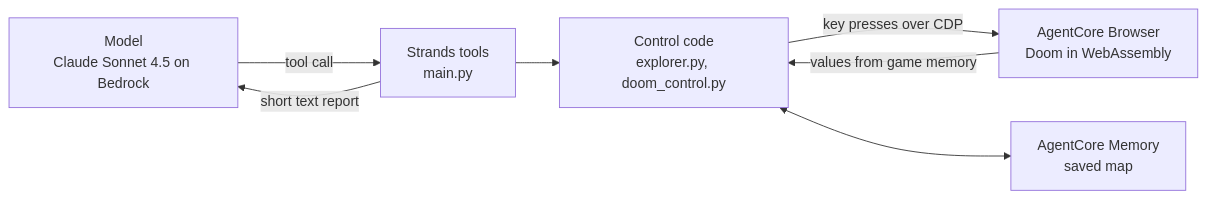
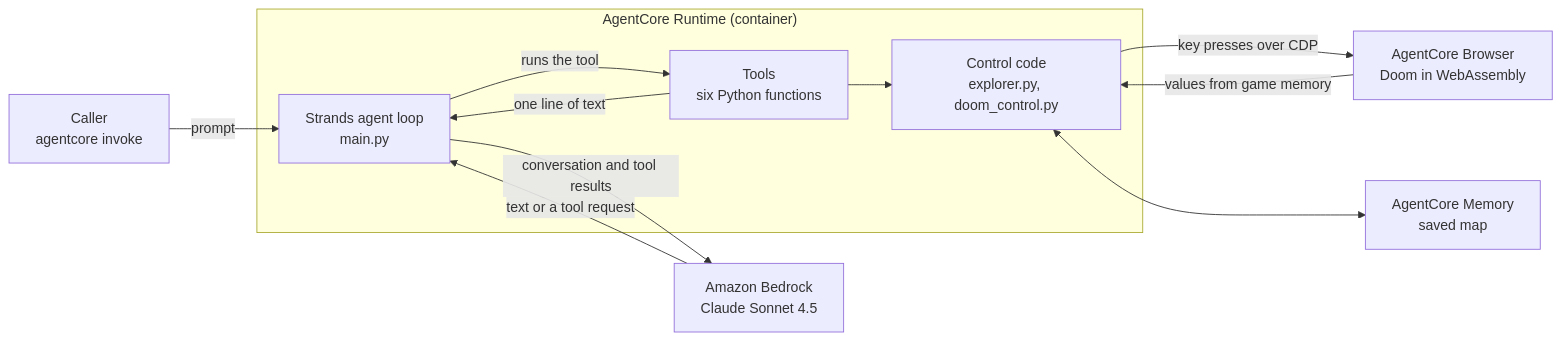
The diagram in README.md (al0cam/DoomBedrockBot), drawn with Mermaid before and after one commit. The commit also changed other lines of this file, not shown here.

First line of the commit message:
Show AgentCore Runtime in the README diagram

````diff
--- a/README.md
+++ b/README.md
@@ -19,9 +19,17 @@
 ```mermaid
 flowchart LR
-    M["Model<br/>Claude Sonnet 4.5 on Bedrock"] -- "tool call" --> T["Strands tools<br/>main.py"]
-    T -- "short text report" --> M
-    T --> C["Control code<br/>explorer.py, doom_control.py"]
+    U["Caller<br/>agentcore invoke"] -- "prompt" --> A
+    subgraph RT["AgentCore Runtime (container)"]
+        A["Strands agent loop<br/>main.py"]
+        T["Tools<br/>six Python functions"]
+        C["Control code<br/>explorer.py, doom_control.py"]
+        A -- "runs the tool" --> T
+        T -- "one line of text" --> A
+        T --> C
+    end
+    A -- "conversation and tool results" --> M["Amazon Bedrock<br/>Claude Sonnet 4.5"]
+    M -- "text or a tool request" --> A
     C -- "key presses over CDP" --> B["AgentCore Browser<br/>Doom in WebAssembly"]
     B -- "values from game memory" --> C
     C <--> S["AgentCore Memory<br/>saved map"]
 ```
````
